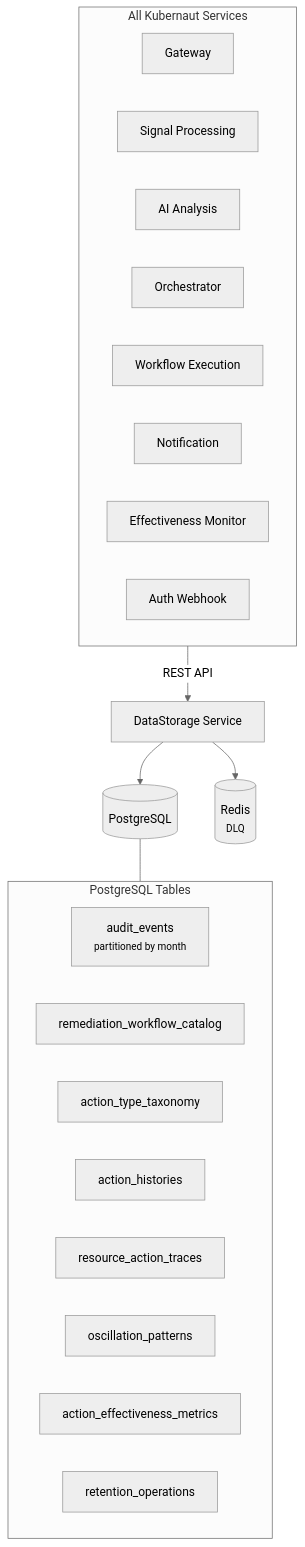
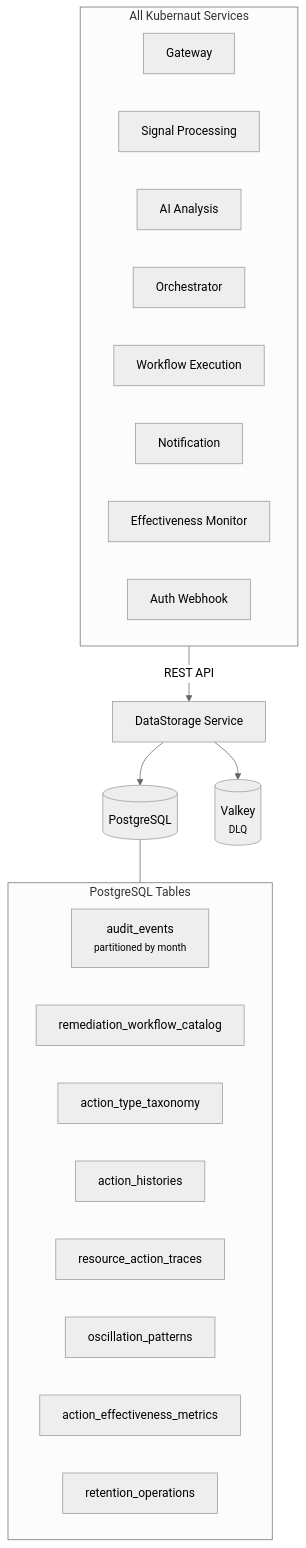
One commit to jordigilh/kubernaut-docs changed the first of 3 diagrams in docs/architecture/data-persistence.md. Above: the diagram before and after it, drawn with Mermaid (neutral theme). The commit also changed other lines of this file and 10 other files, not shown here.

First line of the commit message:
docs: update Redis to Valkey, event exporter optional, OCP references

````diff
--- a/docs/architecture/data-persistence.md
+++ b/docs/architecture/data-persistence.md
@@ -10,31 +10,31 @@
 ```mermaid
 graph TB
     subgraph Services["All Kubernaut Services"]
         S1[Gateway]
         S2[Signal Processing]
         S3[AI Analysis]
         S4[Orchestrator]
         S5[Workflow Execution]
         S6[Notification]
         S7[Effectiveness Monitor]
         S8[Auth Webhook]
     end
 
     Services -->|REST API| DS[DataStorage Service]
 
     DS --> PG[(PostgreSQL)]
-    DS --> RD[(Redis<br/><small>DLQ</small>)]
+    DS --> RD[(Valkey<br/><small>DLQ</small>)]
 
     subgraph Tables["PostgreSQL Tables"]
         AE[audit_events<br/><small>partitioned by month</small>]
         WF[remediation_workflow_catalog]
         AT[action_type_taxonomy]
         AH[action_histories]
         RT[resource_action_traces]
         OP[oscillation_patterns]
         AEM[action_effectiveness_metrics]
         RO_T[retention_operations]
     end
 
     PG --- Tables
 ```
````
